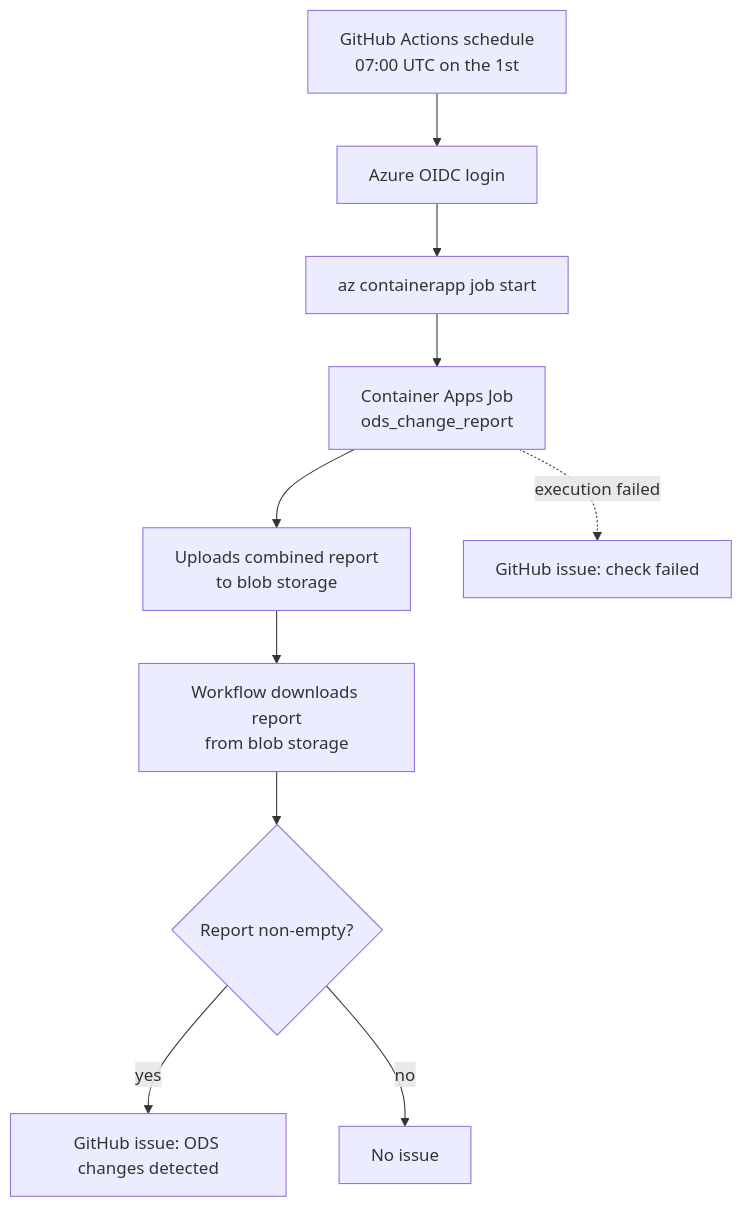
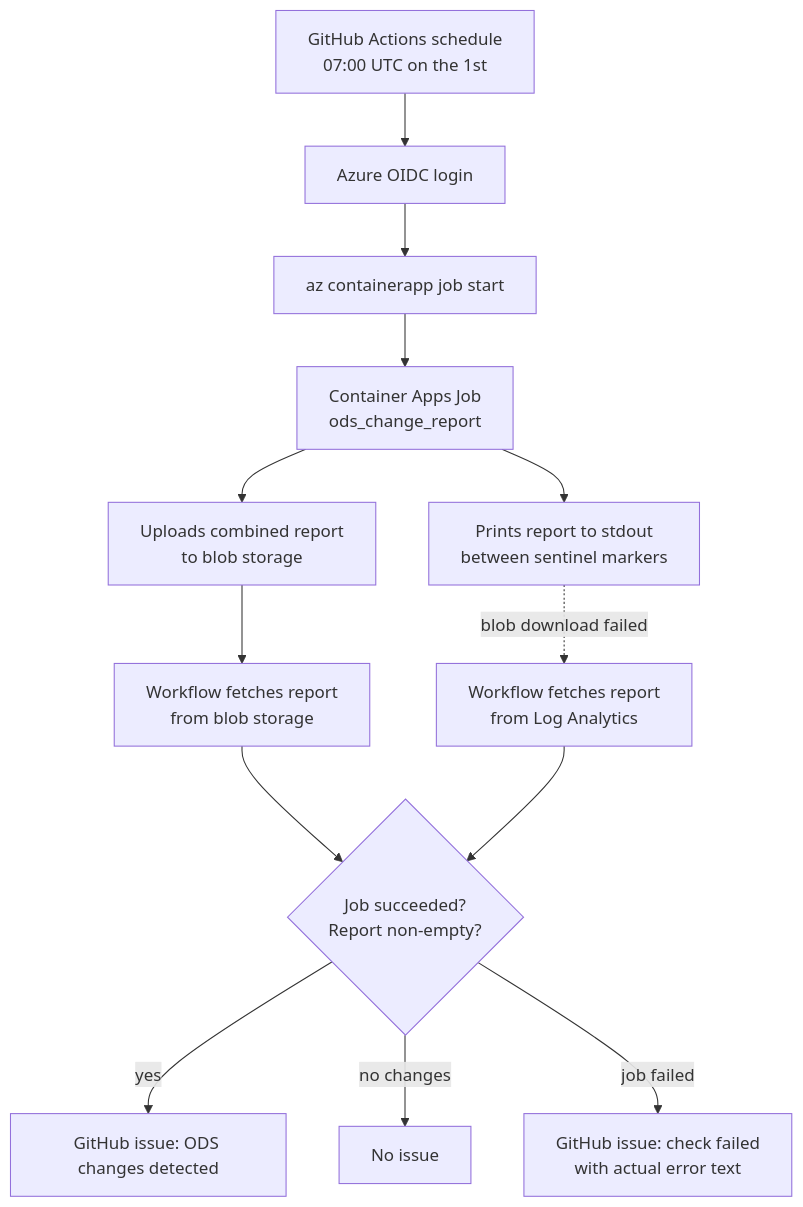
Before and after one commit to rcpch/rcpch-nhs-organisations: the diagram in documentation/docs/developer/ods-change-detection.md, drawn with Mermaid. The commit also changed other lines of this file and 1 other file, not shown here.

First line of the commit message:
feat(ods-detection): report job errors back to the workflow

````diff
--- a/documentation/docs/developer/ods-change-detection.md
+++ b/documentation/docs/developer/ods-change-detection.md
@@ -19,12 +19,15 @@
 ```mermaid
 graph TD
     A[GitHub Actions schedule<br/>07:00 UTC on the 1st] --> B[Azure OIDC login]
     B --> C[az containerapp job start]
     C --> D[Container Apps Job<br/>ods_change_report]
     D --> E[Uploads combined report<br/>to blob storage]
-    E --> F[Workflow downloads report<br/>from blob storage]
-    F --> G{Report non-empty?}
-    G -- yes --> H[GitHub issue: ODS changes detected]
-    G -- no --> I[No issue]
-    D -. execution failed .-> J[GitHub issue: check failed]
+    D --> F[Prints report to stdout<br/>between sentinel markers]
+    E --> G[Workflow fetches report<br/>from blob storage]
+    F -. blob download failed .-> H[Workflow fetches report<br/>from Log Analytics]
+    G --> I{Job succeeded?<br/>Report non-empty?}
+    H --> I
+    I -- yes --> J[GitHub issue: ODS changes detected]
+    I -- no changes --> K[No issue]
+    I -- job failed --> L[GitHub issue: check failed<br/>with actual error text]
 ```
````
